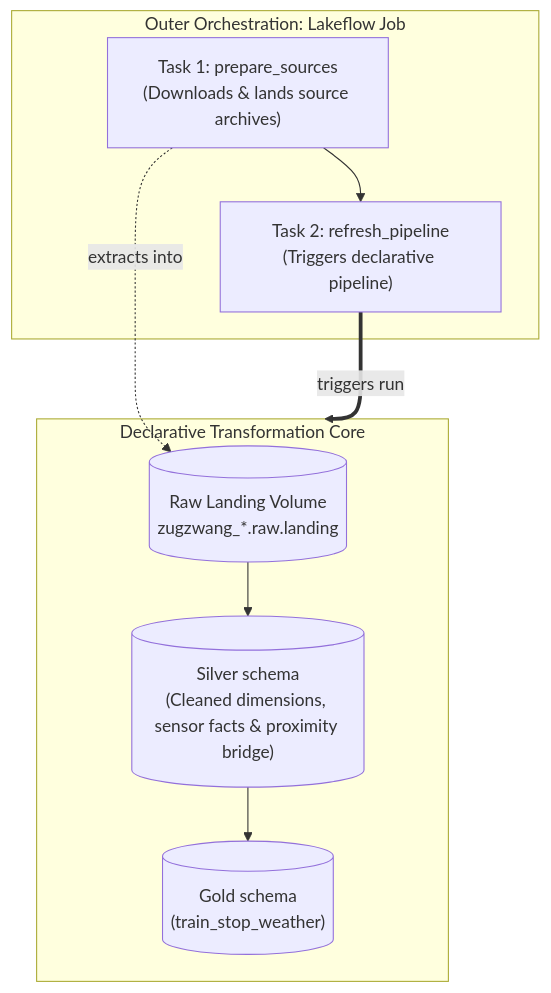
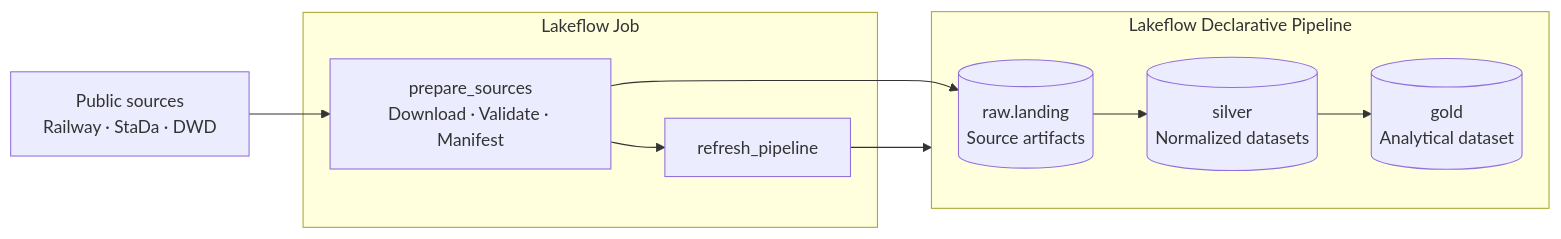
Before and after one commit to ziyuonmain/zugzwang: the diagram in docs/architecture.md, drawn with Mermaid. The commit also changed other lines of this file and 5 other files, not shown here.

Commit message:
docs: update dataset setup guide, roadmap, and architectural references

````diff
--- a/docs/architecture.md
+++ b/docs/architecture.md
@@ -13,18 +12,21 @@
 ```mermaid
-flowchart TD
-    subgraph Job["Outer Orchestration: Lakeflow Job"]
-        t1["Task 1: prepare_sources<br/>(Downloads & lands source archives)"]
-        t2["Task 2: refresh_pipeline<br/>(Triggers declarative pipeline)"]
-        t1 --> t2
+flowchart LR
+    sources["Public sources<br/>Railway · StaDa · DWD"]
+
+    subgraph job["Lakeflow Job"]
+        prepare["prepare_sources<br/>Download · Validate · Manifest"]
+        refresh["refresh_pipeline"]
+        prepare --> refresh
     end
 
-    subgraph DataFlow["Declarative Transformation Core"]
-        raw[("Raw Landing Volume<br/>zugzwang_*.raw.landing")]
-        silver[("Silver schema<br/>(Cleaned dimensions, sensor facts & proximity bridge)")]
-        gold[("Gold schema<br/>(train_stop_weather)")]
+    subgraph pipeline["Lakeflow Declarative Pipeline"]
+        raw[("raw.landing<br/>Source artifacts")]
+        silver[("silver<br/>Normalized datasets")]
+        gold[("gold<br/>Analytical dataset")]
         raw --> silver --> gold
     end
 
-    t1 -.->|extracts into| raw
-    t2 ==>|triggers run| DataFlow
+    sources --> prepare
+    prepare --> raw
+    refresh --> pipeline
 ```
````
